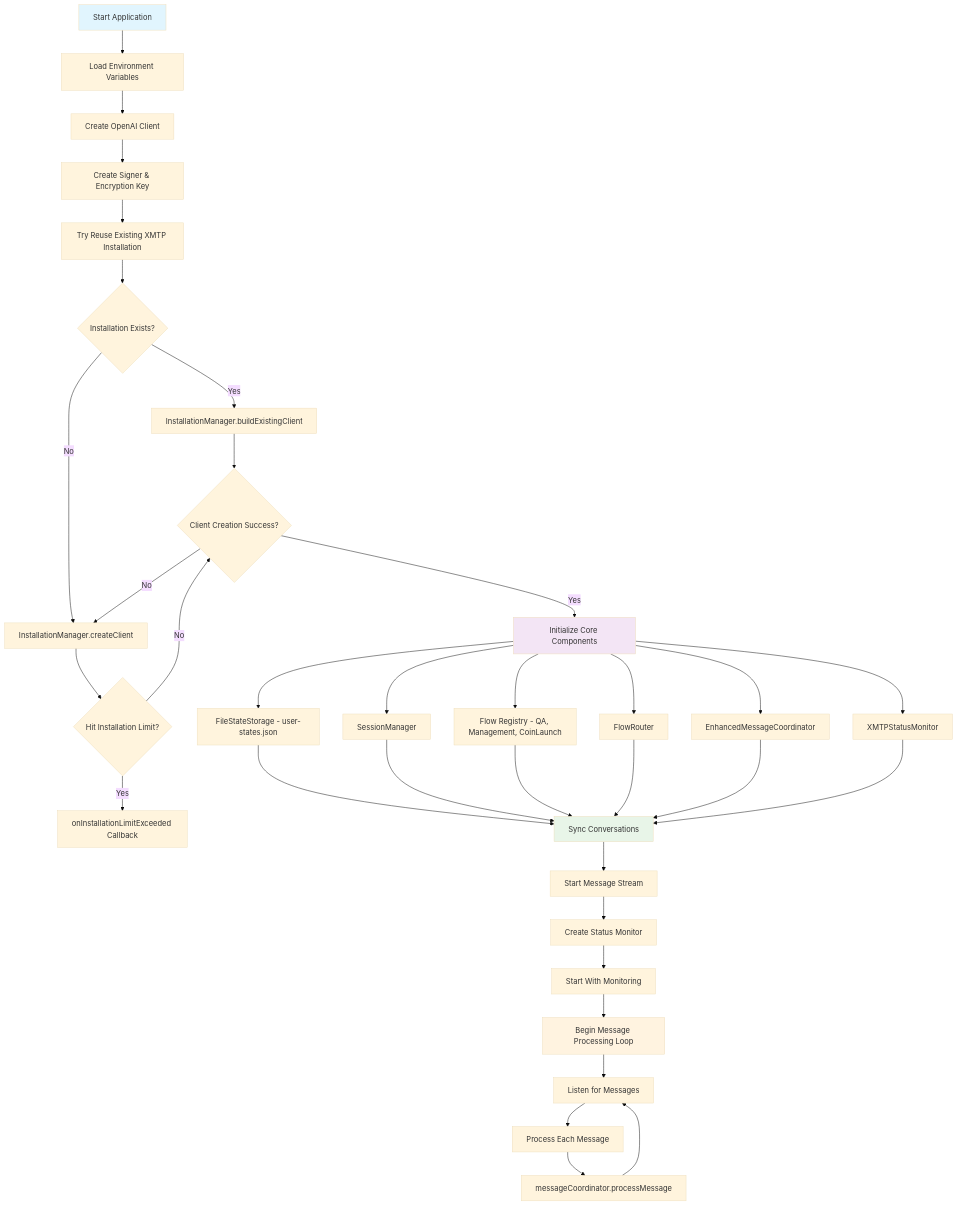
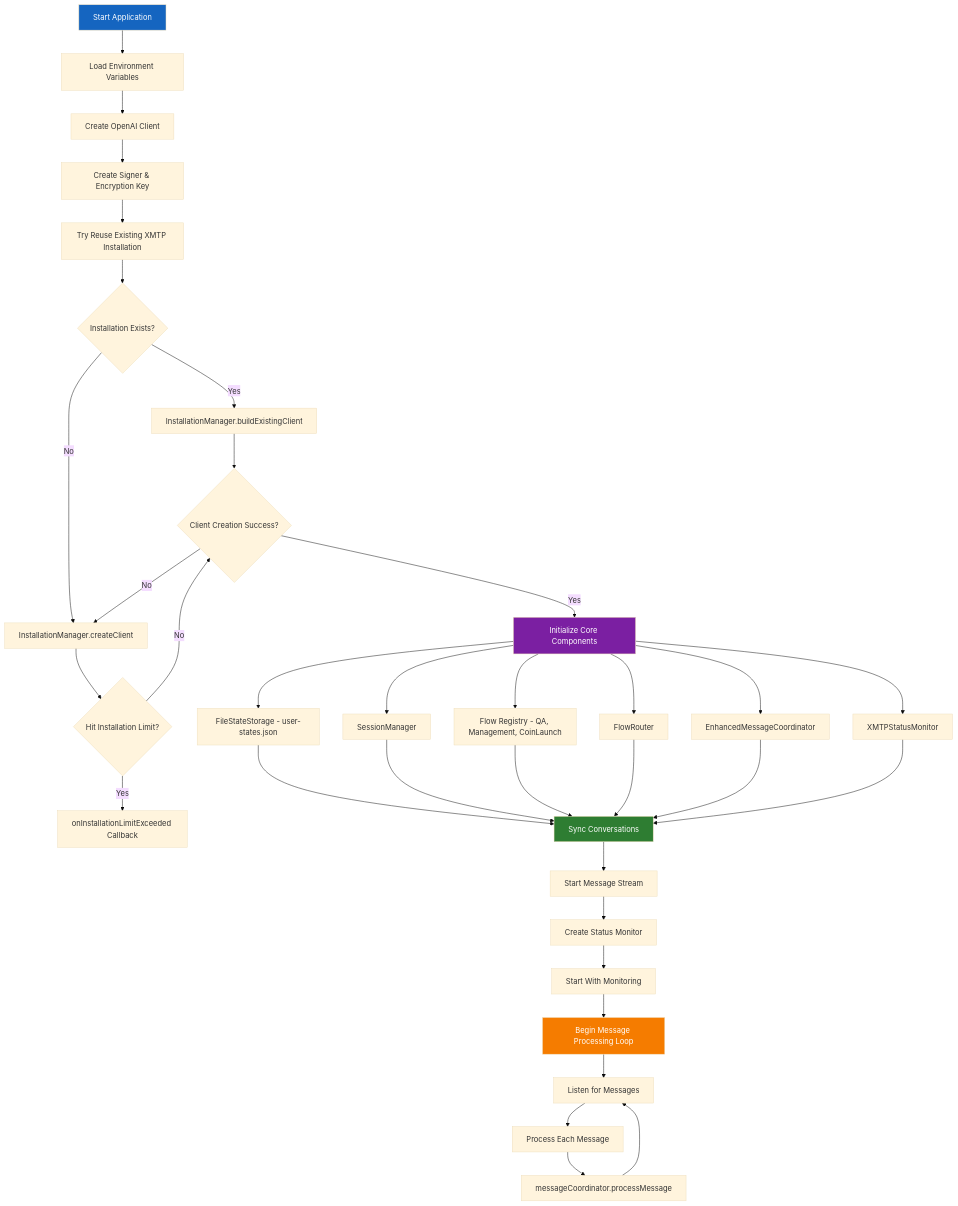
Before and after one commit to flayerlabs/xmtp-flaunchy: the first of 12 diagrams in SYSTEM_ARCHITECTURE.md, drawn with Mermaid (base theme). The commit also changed other lines of this file, not shown here.

Commit message:
update system architecture

````diff
--- a/SYSTEM_ARCHITECTURE.md
+++ b/SYSTEM_ARCHITECTURE.md
@@ -26,47 +26,47 @@
 ```mermaid
 graph TD
     A[Start Application] --> B[Load Environment Variables]
     B --> C[Create OpenAI Client]
     C --> D[Create Signer & Encryption Key]
     D --> E[Try Reuse Existing XMTP Installation]
 
     E --> F{Installation Exists?}
     F -->|Yes| G[InstallationManager.buildExistingClient]
     F -->|No| H[InstallationManager.createClient]
 
     G --> I{Client Creation Success?}
     H --> J{Hit Installation Limit?}
     J -->|Yes| K[onInstallationLimitExceeded Callback]
     J -->|No| I
     I -->|No| H
 
     I -->|Yes| L[Initialize Core Components]
     L --> M[FileStateStorage - user-states.json]
     L --> N[SessionManager]
     L --> O[Flow Registry - QA, Management, CoinLaunch]
     L --> P[FlowRouter]
     L --> Q[EnhancedMessageCoordinator]
     L --> R[XMTPStatusMonitor]
 
     M --> S[Sync Conversations]
     N --> S
     O --> S
     P --> S
     Q --> S
     R --> S
 
     S --> T[Start Message Stream]
     T --> U[Create Status Monitor]
     U --> V[Start With Monitoring]
     V --> W[Begin Message Processing Loop]
 
     W --> X[Listen for Messages]
     X --> Y[Process Each Message]
     Y --> Z[messageCoordinator.processMessage]
     Z --> X
 
-    style A fill:#e1f5fe
-    style L fill:#f3e5f5
-    style S fill:#e8f5e8
-    style W fill:#fff3e0
+    style A fill:#1565C0,color:#ffffff
+    style L fill:#7B1FA2,color:#ffffff
+    style S fill:#2E7D32,color:#ffffff
+    style W fill:#F57C00,color:#ffffff
 ```
````
